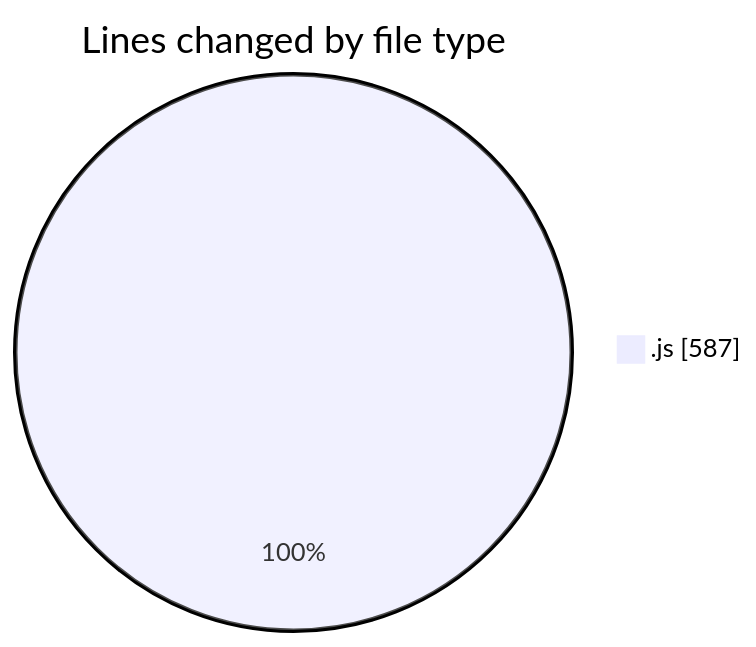
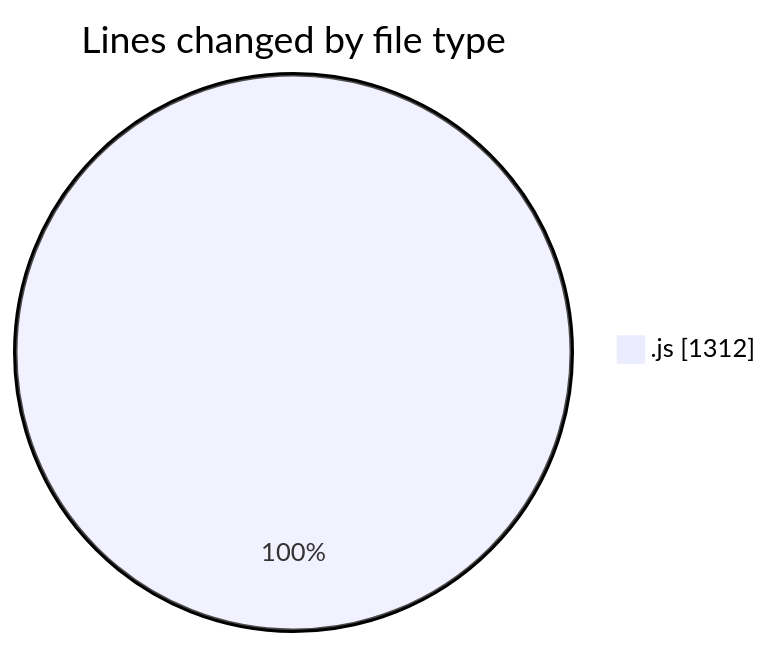
One commit to Ritupan-Deka/code-tracking changed the first of 2 diagrams in 2025-08-03/javascript/README.md. Above: the diagram before and after it, drawn with Mermaid. The commit also changed other lines of this file and 1 other file, not shown here.

````diff
--- a/2025-08-03/javascript/README.md
+++ b/2025-08-03/javascript/README.md
@@ -20,5 +20,5 @@
 ```mermaid
 pie showData
 title Lines changed by file type
-".js" : 587
+".js" : 1312
 ```
````
